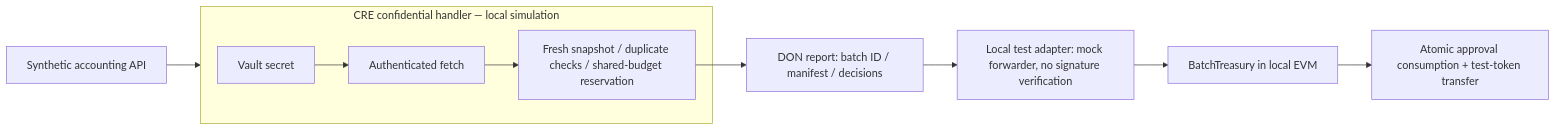
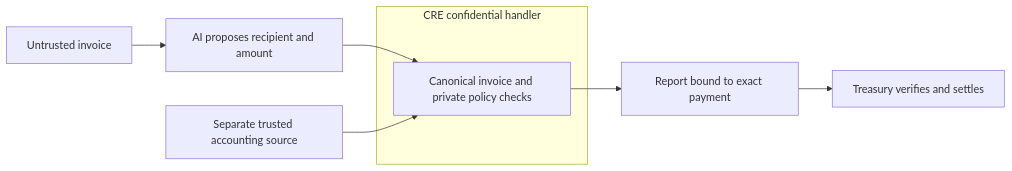
Before and after one commit to Lawrence-eth/velum: the diagram in README.md, drawn with Mermaid. The commit also changed other lines of this file and 40 other files, not shown here.

Commit message:
Build confidential execution gate for live AI payment proposals

````diff
--- a/README.md
+++ b/README.md
@@ -79,12 +31,11 @@
 ```mermaid
 flowchart LR
-  API[Synthetic accounting API] --> TEE
-  subgraph TEE[CRE confidential handler — local simulation]
-    Secret[Vault secret] --> Fetch[Authenticated fetch]
-    Fetch --> Policy[Fresh snapshot / duplicate checks / shared-budget reservation]
+  I[Untrusted invoice] --> A[AI proposes recipient and amount]
+  A --> P
+  S[Separate trusted accounting source] --> P
+  subgraph C[CRE confidential handler]
+    P[Canonical invoice and private policy checks]
   end
-  Policy --> Report[DON report: batch ID / manifest / decisions]
-  Report --> Adapter[Local test adapter: mock forwarder, no signature verification]
-  Adapter --> Treasury[BatchTreasury in local EVM]
-  Treasury --> Transfer[Atomic approval consumption + test-token transfer]
+  P --> R[Report bound to exact payment]
+  R --> T[Treasury verifies and settles]
 ```
````
